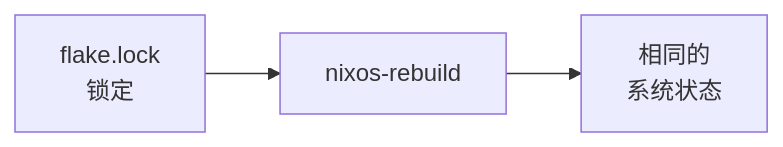
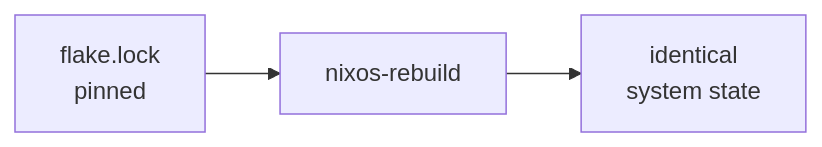
One commit to stars-labs/self-healing-nixos-infra changed the third of 12 diagrams in i18n/zh/docusaurus-plugin-content-docs/current/architecture.md. Above: the diagram before and after it, drawn with Mermaid. The commit also changed other lines of this file and 15 other files, not shown here.

First line of the commit message:
Fix Mermaid parse errors in Chinese docs

````diff
--- a/i18n/zh/docusaurus-plugin-content-docs/current/architecture.md
+++ b/i18n/zh/docusaurus-plugin-content-docs/current/architecture.md
@@ -114,4 +114,4 @@
 ```mermaid
 flowchart LR
-    A[flake.lock<br/>锁定] --> B[nixos-rebuild] --> C[相同的<br/>系统状态]
+    A[flake.lock<br/>pinned] --> B[nixos-rebuild] --> C[identical<br/>system state]
 ```
````
